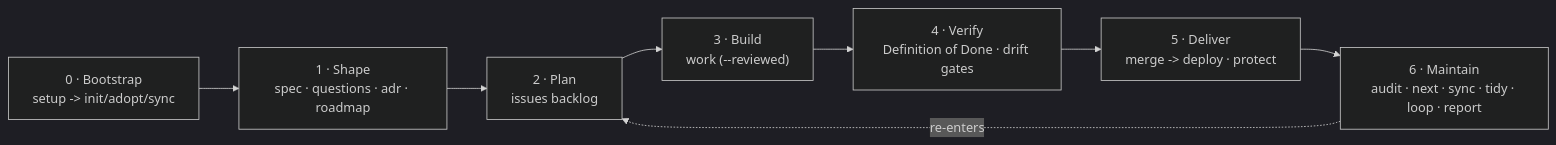
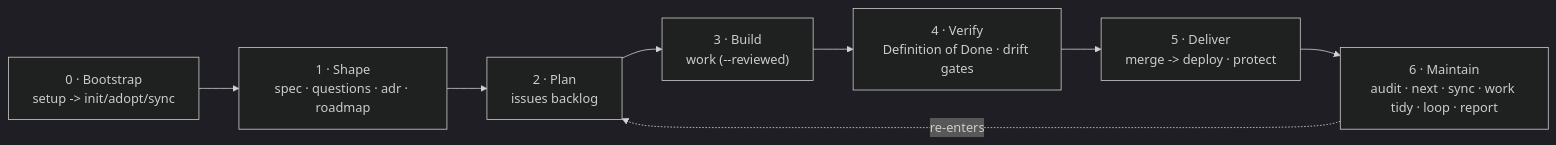
The diagram in docs/concepts/sdlc.md (element22llc/e22-plugins), drawn with Mermaid (dark theme) before and after one commit. The commit also changed other lines of this file and 28 other files, not shown here.

````diff
--- a/docs/concepts/sdlc.md
+++ b/docs/concepts/sdlc.md
@@ -16,10 +16,10 @@
 ```mermaid
 flowchart LR
     B["0 · Bootstrap<br/>setup -> init/adopt/sync"] --> S["1 · Shape<br/>spec · questions · adr · roadmap"]
     S --> P["2 · Plan<br/>issues backlog"]
     P --> W["3 · Build<br/>work (--reviewed)"]
     W --> V["4 · Verify<br/>Definition of Done · drift gates"]
     V --> D["5 · Deliver<br/>merge -> deploy · protect"]
-    D --> M["6 · Maintain<br/>audit · next · sync · tidy · loop · report"]
+    D --> M["6 · Maintain<br/>audit · next · sync · work tidy · loop · report"]
     M -.re-enters.-> P
 ```
````
